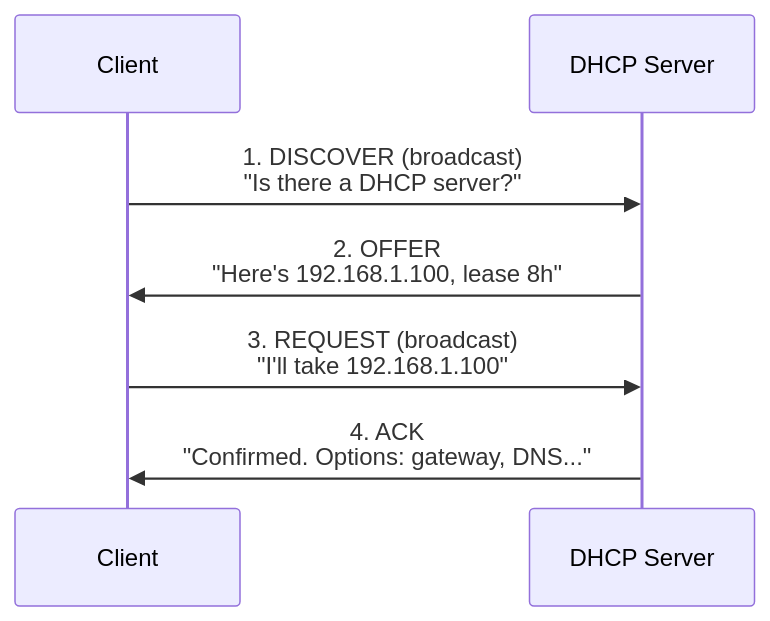
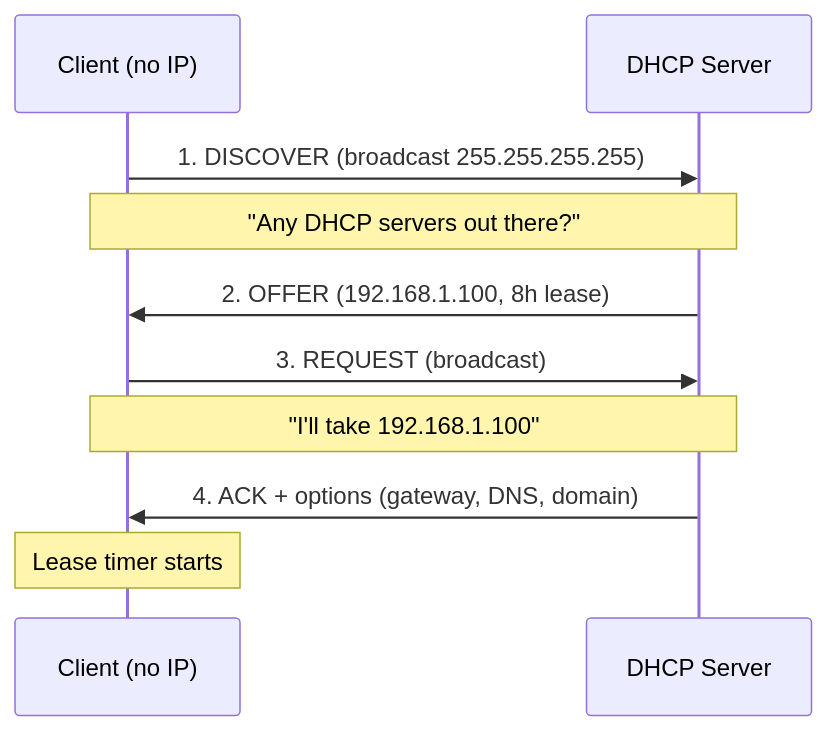
The diagram in docs/networking/dhcp.md (farzaliyevemil/infoseclessons), drawn with Mermaid before and after one commit. The commit also changed other lines of this file and 1 other file, not shown here.

First line of the commit message:
Rewrite DHCP lesson with richer content

````diff
--- a/docs/networking/dhcp.md
+++ b/docs/networking/dhcp.md
@@ -33,9 +33,12 @@
 ```mermaid
 sequenceDiagram
-    participant C as Client
+    participant C as Client (no IP)
     participant S as DHCP Server
-    C->>S: 1. DISCOVER (broadcast)<br/>"Is there a DHCP server?"
-    S->>C: 2. OFFER<br/>"Here's 192.168.1.100, lease 8h"
-    C->>S: 3. REQUEST (broadcast)<br/>"I'll take 192.168.1.100"
-    S->>C: 4. ACK<br/>"Confirmed. Options: gateway, DNS..."
+    C->>S: 1. DISCOVER (broadcast 255.255.255.255)
+    Note over C,S: "Any DHCP servers out there?"
+    S->>C: 2. OFFER (192.168.1.100, 8h lease)
+    C->>S: 3. REQUEST (broadcast)
+    Note over C,S: "I'll take 192.168.1.100"
+    S->>C: 4. ACK + options (gateway, DNS, domain)
+    Note over C: Lease timer starts
 ```
````
